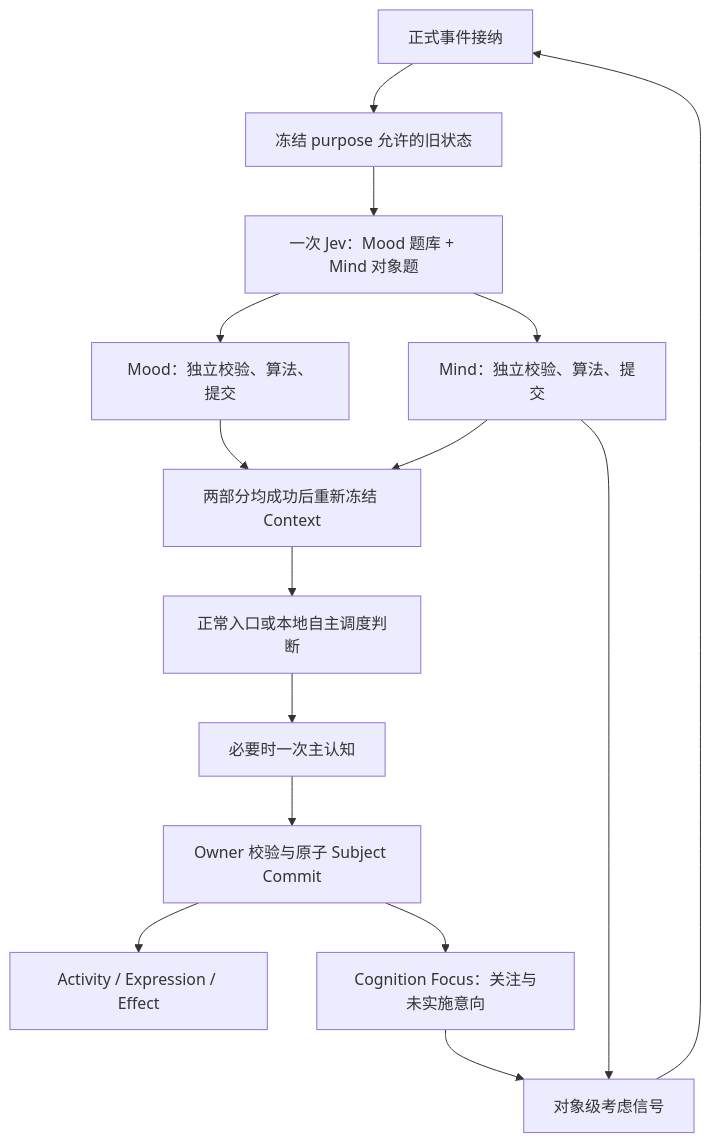
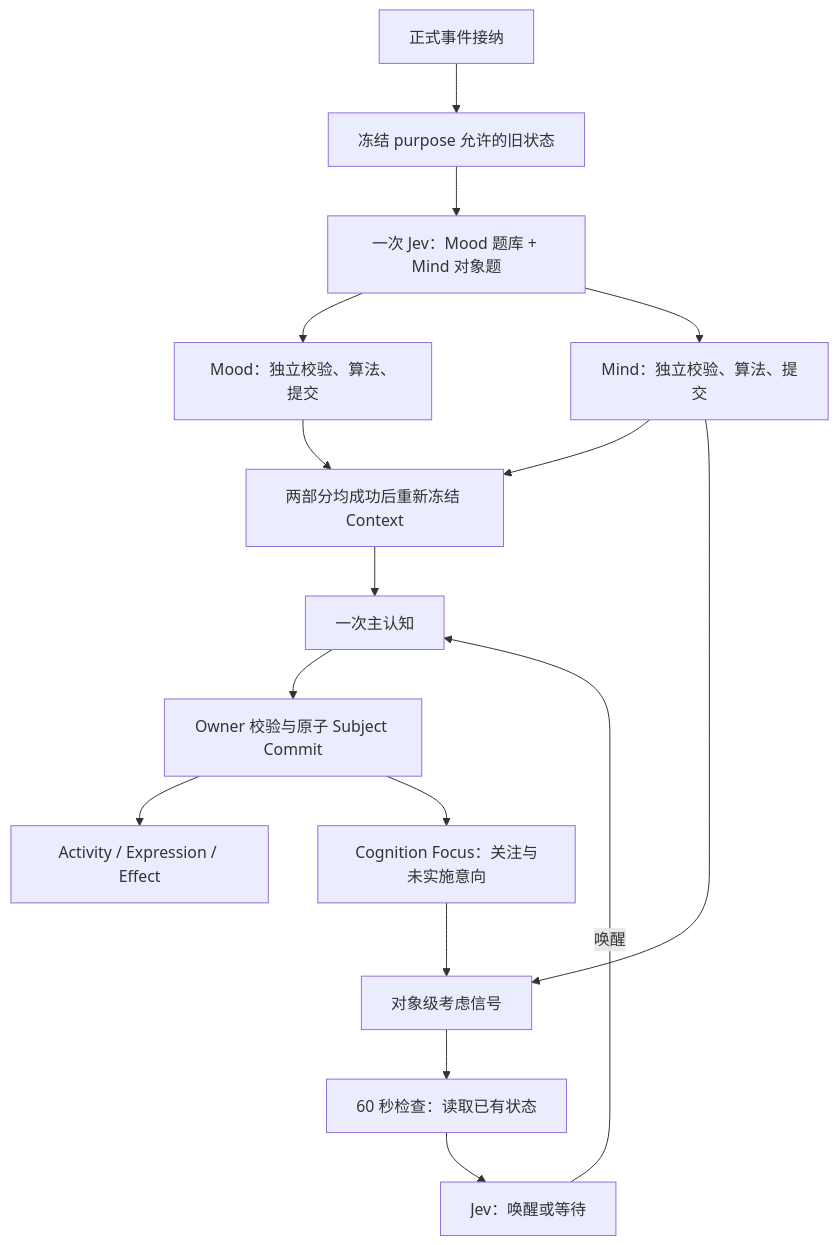
One commit to YifeiLi99/ARMI changed the diagram in DESIGN.md. Above: the diagram before and after it, drawn with Mermaid. The commit also changed other lines of this file and 22 other files, not shown here.

````diff
--- a/DESIGN.md
+++ b/DESIGN.md
@@ -386,17 +386,18 @@
 ```mermaid
 flowchart TD
     E["正式事件接纳"] --> X["冻结 purpose 允许的旧状态"]
     X --> J["一次 Jev：Mood 题库 + Mind 对象题"]
     J --> M["Mood：独立校验、算法、提交"]
     J --> N["Mind：独立校验、算法、提交"]
     M --> G["两部分均成功后重新冻结 Context"]
     N --> G
-    G --> A["正常入口或本地自主调度判断"]
-    A --> C["必要时一次主认知"]
+    G --> C["一次主认知"]
+    W["60 秒检查：读取已有状态"] --> A["Jev：唤醒或等待"]
+    A -->|唤醒| C
     C --> S["Owner 校验与原子 Subject Commit"]
     S --> F["Activity / Expression / Effect"]
     S --> Q["Cognition Focus：关注与未实施意向"]
     N --> T["对象级考虑信号"]
     Q --> T
-    T --> E
+    T --> W
 ```
````
